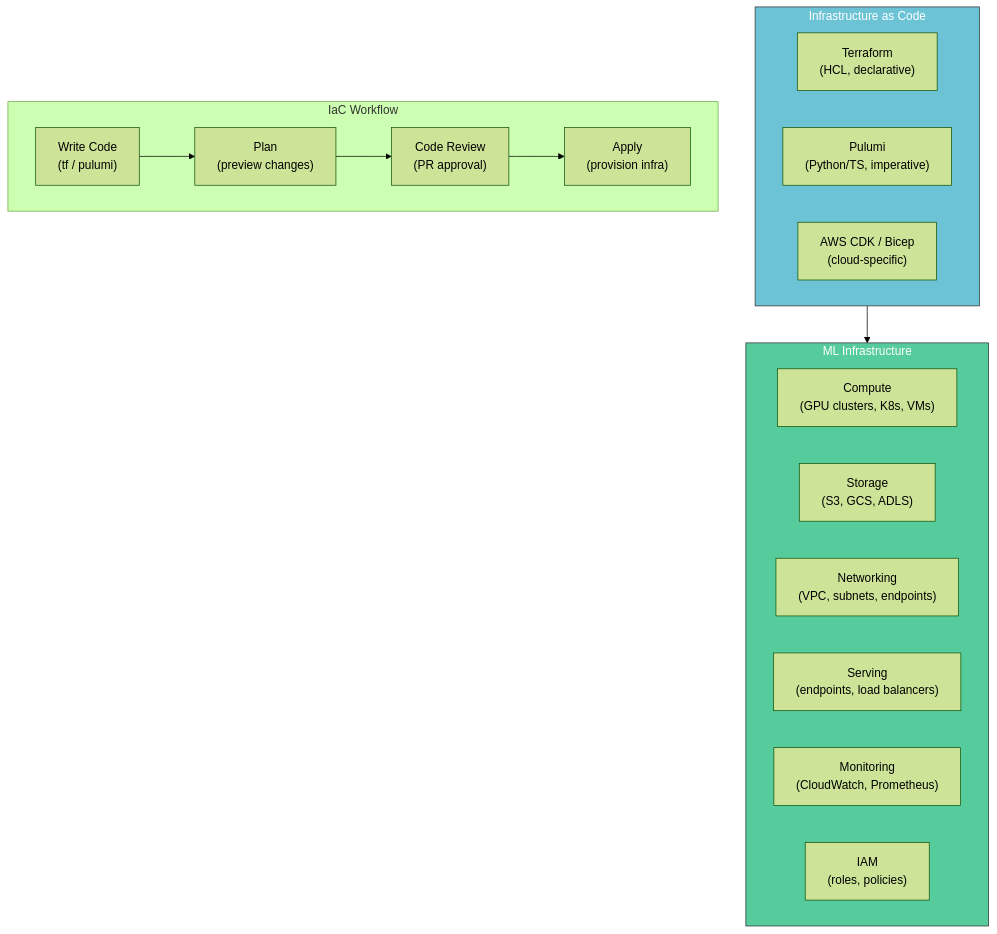
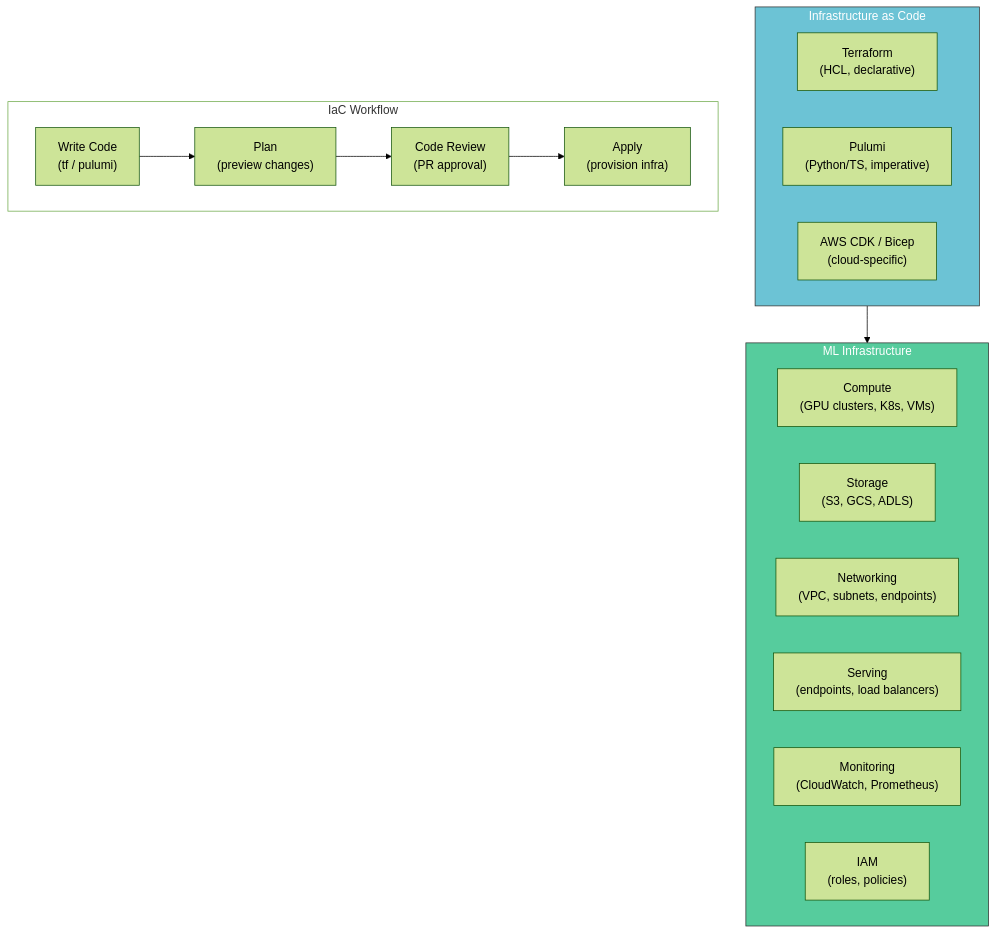
One commit to tanquangduong/tanquangduong.github.io changed the ninth of 10 diagrams in posts/aiops-interview/MLOps-Interview-QA-5.qmd. Above: the diagram before and after it, drawn with Mermaid (forest theme). The commit also changed other lines of this file and 204 other files, not shown here.

````diff
--- a/posts/aiops-interview/MLOps-Interview-QA-5.qmd
+++ b/posts/aiops-interview/MLOps-Interview-QA-5.qmd
@@ -1272,30 +1290,32 @@
 ```{mermaid}
 graph TD
+    linkStyle default stroke:#000,color:#000
     subgraph IaC["Infrastructure as Code"]
         TF["Terraform<br/>(HCL, declarative)"]
         PULUMI["Pulumi<br/>(Python/TS, imperative)"]
         CDK["AWS CDK / Bicep<br/>(cloud-specific)"]
     end
 
     subgraph MLInfra["ML Infrastructure"]
         COMPUTE["Compute<br/>(GPU clusters, K8s, VMs)"]
         STORAGE_I["Storage<br/>(S3, GCS, ADLS)"]
         NETWORK["Networking<br/>(VPC, subnets, endpoints)"]
         SERVE_I["Serving<br/>(endpoints, load balancers)"]
         MONITOR_I["Monitoring<br/>(CloudWatch, Prometheus)"]
         IAM_I["IAM<br/>(roles, policies)"]
     end
 
     subgraph Workflow_IaC["IaC Workflow"]
         CODE_I["Write Code<br/>(tf / pulumi)"]
         PLAN["Plan<br/>(preview changes)"]
         REVIEW["Code Review<br/>(PR approval)"]
         APPLY["Apply<br/>(provision infra)"]
     end
 
     IaC --> MLInfra
     CODE_I --> PLAN --> REVIEW --> APPLY
 
     style IaC fill:#6cc3d5,stroke:#333,color:#fff
     style MLInfra fill:#56cc9d,stroke:#333,color:#fff
+    style Workflow_IaC fill:#fff
 ```
````
